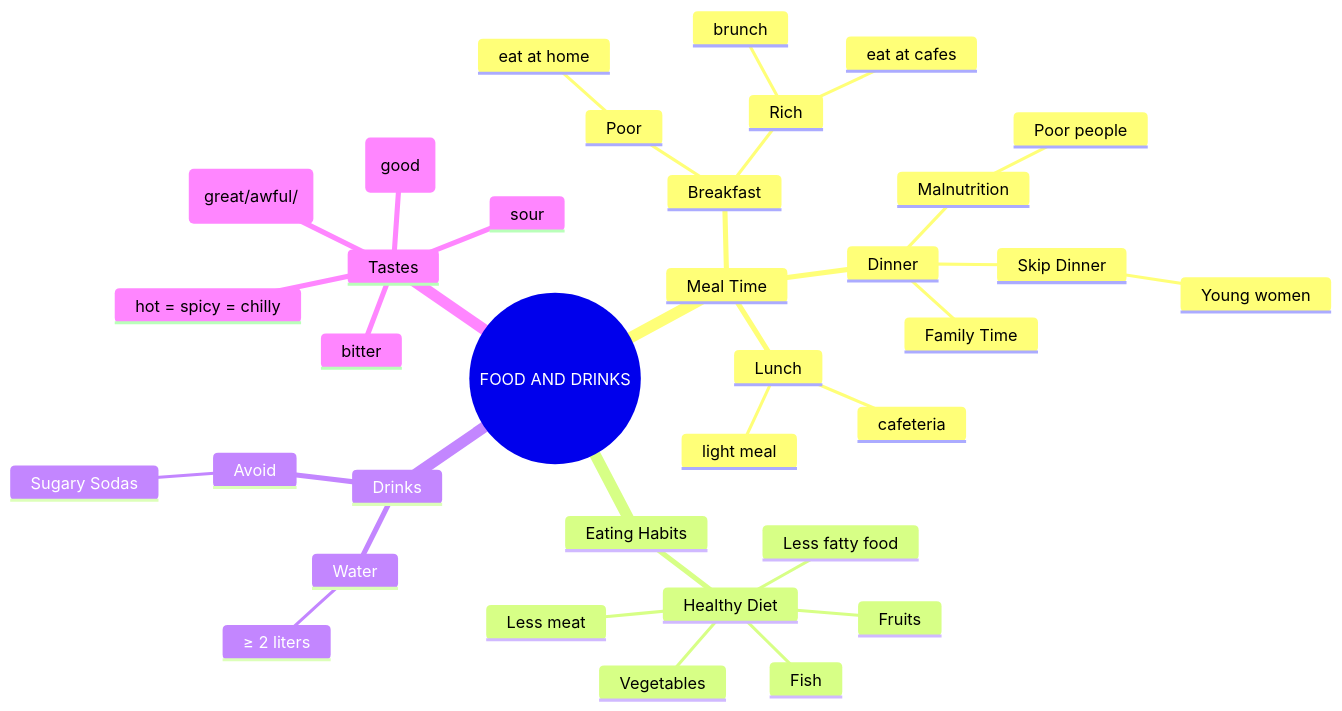
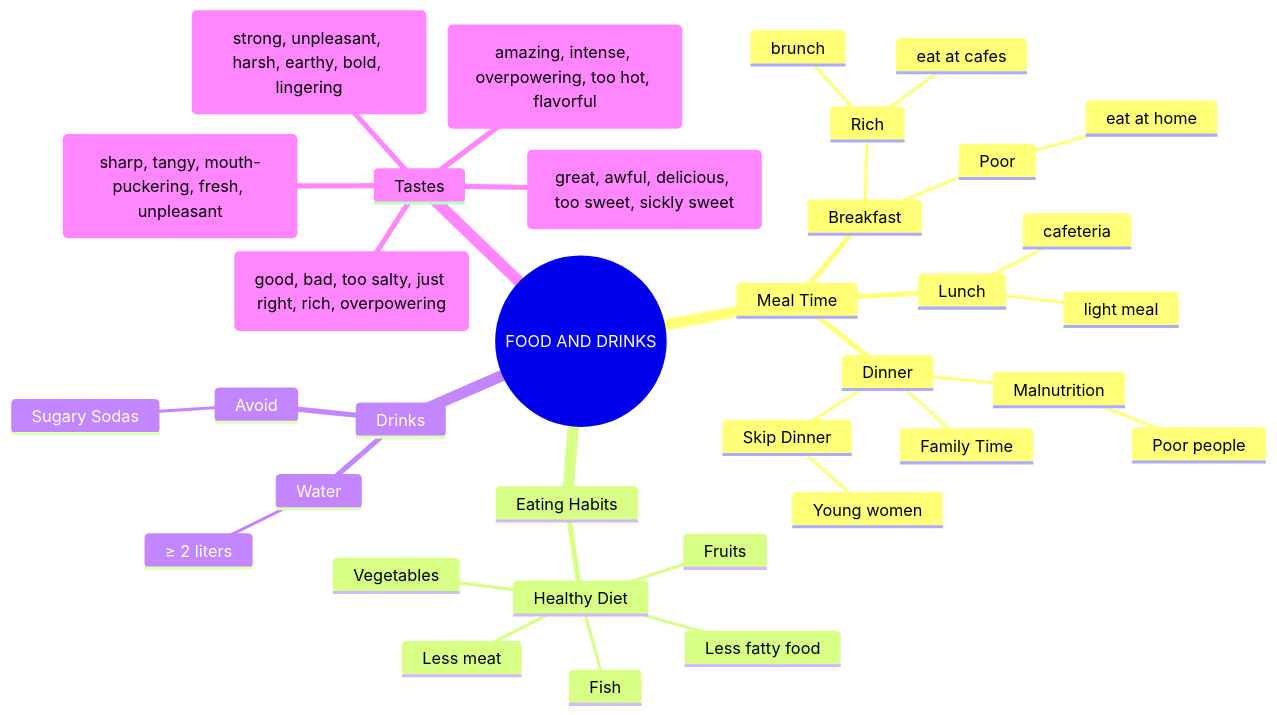
One commit to aerovfx/aerolang changed the diagram in Lesson05_FoodDrink/01_subject.md. Above: the diagram before and after it, drawn with Mermaid.

Commit message:
them so do tu duy ve vi giac

````diff
--- a/Lesson05_FoodDrink/01_subject.md
+++ b/Lesson05_FoodDrink/01_subject.md
@@ -1,40 +1,40 @@
 ```mermaid
 mindmap
   root((FOOD AND DRINKS))
     Meal Time
       Breakfast
         Poor
           eat at home
         Rich
           eat at cafes
           brunch
       Lunch
         light meal
         cafeteria
       Dinner
         Family Time
         Skip Dinner
           Young women
         Malnutrition
           Poor people
     Eating Habits
       Healthy Diet
         Vegetables
         Fruits
         Fish
         Less meat
         Less fatty food
     Drinks
       Water
         ≥ 2 liters
       Avoid
         Sugary Sodas
     Tastes
-      sweet (great/awful/)
-      hot = spicy = chilly
-      bitter
-      sour
-      salty(good)
+      sweet (great, awful, delicious, too sweet, sickly sweet)
+      hot = spicy = chilly (amazing, intense, overpowering, too hot, flavorful)
+      bitter (strong, unpleasant, harsh, earthy, bold, lingering)
+      sour (sharp, tangy, mouth-puckering, fresh, unpleasant)
+      salty(good, bad, too salty, just right, rich, overpowering)
       
 
 ```
````
